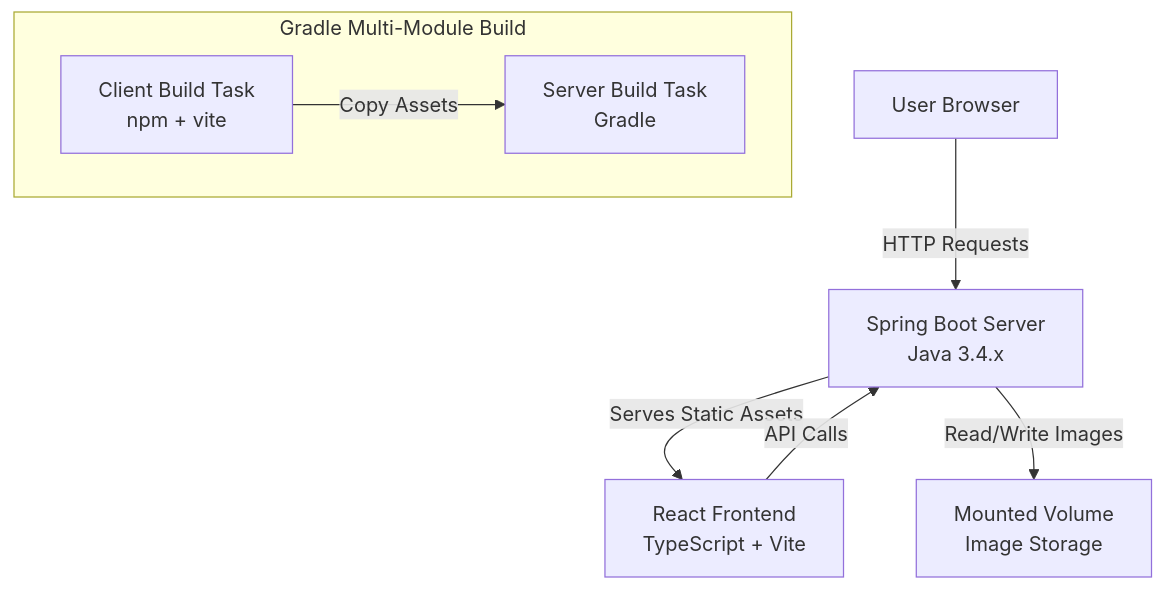
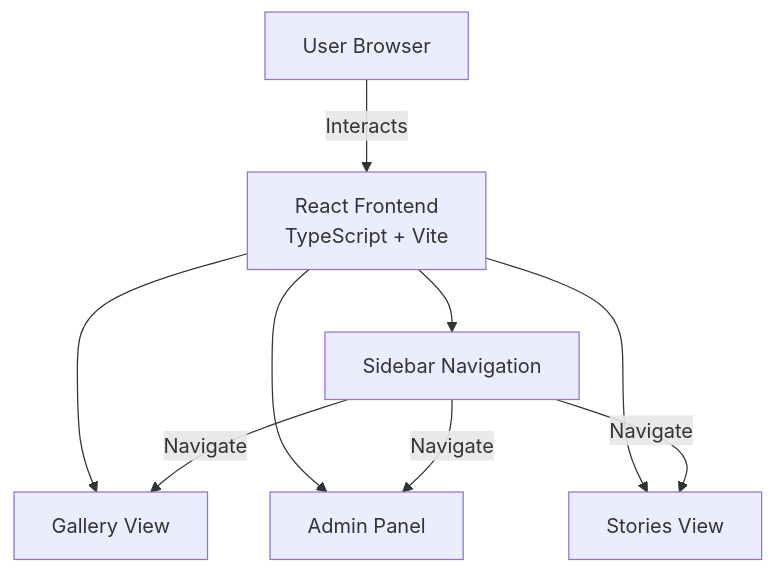
The diagram in .kiro/specs/set-aside-vault/design.md (bradenborman/set-aside-vault), drawn with Mermaid before and after one commit. The commit also changed other lines of this file and 10 other files, not shown here.

````diff
--- a/.kiro/specs/set-aside-vault/design.md
+++ b/.kiro/specs/set-aside-vault/design.md
@@ -13,18 +13,19 @@
 ```mermaid
 graph TB
     User[User Browser]
     Client[React Frontend<br/>TypeScript + Vite]
-    Server[Spring Boot Server<br/>Java 3.4.x]
-    Storage[Mounted Volume<br/>Image Storage]
+    Sidebar[Sidebar Navigation]
+    Gallery[Gallery View]
+    Admin[Admin Panel]
+    Stories[Stories View]
     
-    User -->|HTTP Requests| Server
-    Server -->|Serves Static Assets| Client
-    Client -->|API Calls| Server
-    Server -->|Read/Write Images| Storage
+    User -->|Interacts| Client
+    Client --> Sidebar
+    Client --> Gallery
+    Client --> Admin
+    Client --> Stories
     
-    subgraph "Gradle Multi-Module Build"
-        ClientBuild[Client Build Task<br/>npm + vite]
-        ServerBuild[Server Build Task<br/>Gradle]
-        ClientBuild -->|Copy Assets| ServerBuild
-    end
+    Sidebar -->|Navigate| Gallery
+    Sidebar -->|Navigate| Admin
+    Sidebar -->|Navigate| Stories
 ```
````
